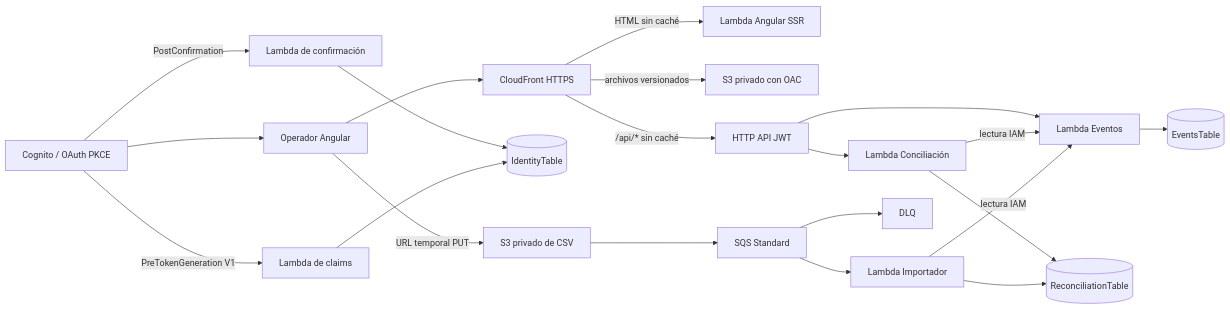
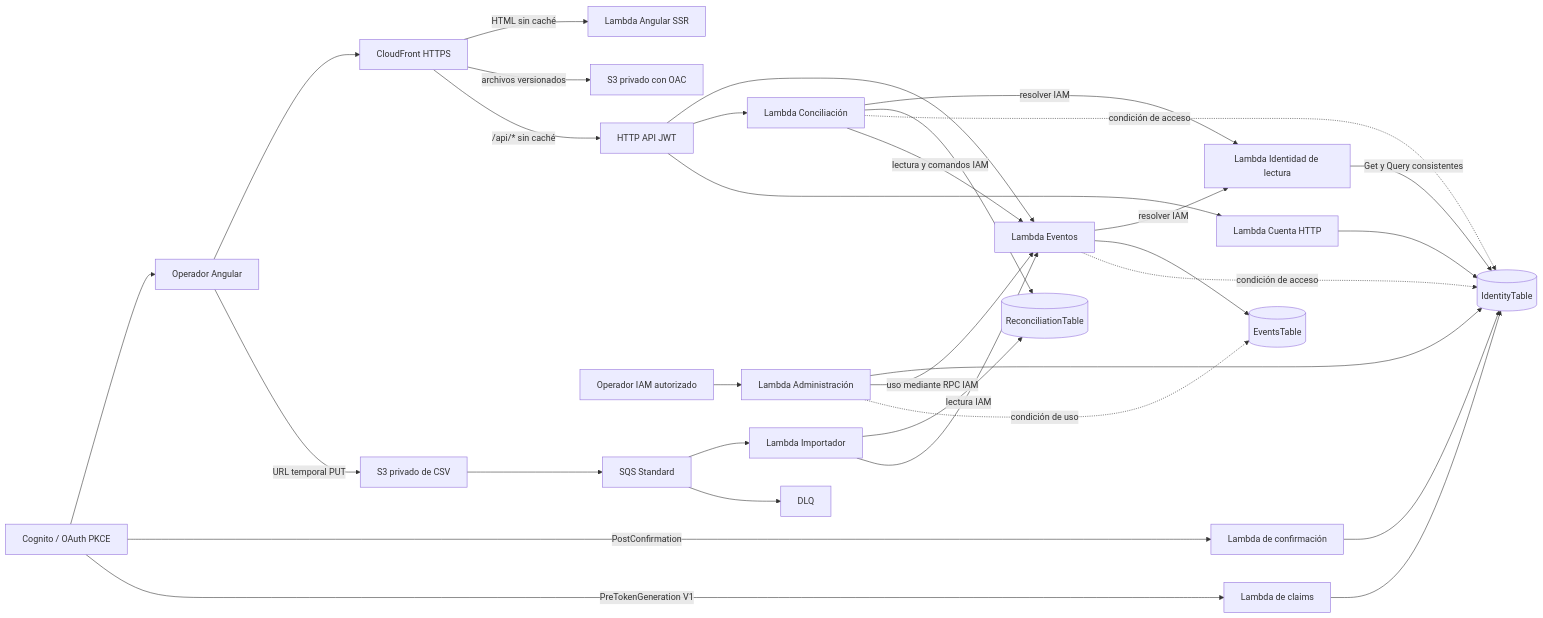
One commit to LynxPardelle/abonos-por-evento changed the diagram in docs/architecture/ARCHITECTURE.md. Above: the diagram before and after it, drawn with Mermaid. The commit also changed other lines of this file and 87 other files, not shown here.

````diff
--- a/docs/architecture/ARCHITECTURE.md
+++ b/docs/architecture/ARCHITECTURE.md
@@ -18,23 +25,34 @@
 ```mermaid
 flowchart LR
   Browser[Operador Angular] --> CDN[CloudFront HTTPS]
   CDN -->|HTML sin caché| SSR[Lambda Angular SSR]
   CDN -->|archivos versionados| Assets[S3 privado con OAC]
   CDN -->|/api/* sin caché| API[HTTP API JWT]
   Cognito[Cognito / OAuth PKCE] --> Browser
   Cognito -->|PostConfirmation| Confirm[Lambda de confirmación]
   Cognito -->|PreTokenGeneration V1| Token[Lambda de claims]
   Confirm --> IdentityDB[(IdentityTable)]
   Token --> IdentityDB
   API --> Events[Lambda Eventos]
   API --> Reconciliation[Lambda Conciliación]
+  API --> Accounts[Lambda Cuenta HTTP]
+  Events -->|resolver IAM| Resolver[Lambda Identidad de lectura]
+  Reconciliation -->|resolver IAM| Resolver
+  Resolver -->|Get y Query consistentes| IdentityDB
+  Accounts --> IdentityDB
+  IAM[Operador IAM autorizado] --> Admin[Lambda Administración]
+  Admin --> IdentityDB
+  Admin -->|uso mediante RPC IAM| Events
+  Admin -. condición de uso .-> EventDB
   Events --> EventDB[(EventsTable)]
   Reconciliation --> LedgerDB[(ReconciliationTable)]
-  Reconciliation -->|lectura IAM| Events
+  Events -. condición de acceso .-> IdentityDB
+  Reconciliation -. condición de acceso .-> IdentityDB
+  Reconciliation -->|lectura y comandos IAM| Events
   Browser -->|URL temporal PUT| Uploads[S3 privado de CSV]
   Uploads --> Queue[SQS Standard]
   Queue --> Worker[Lambda Importador]
   Queue --> DLQ[DLQ]
   Worker --> LedgerDB
   Worker -->|lectura IAM| Events
 ```
````
